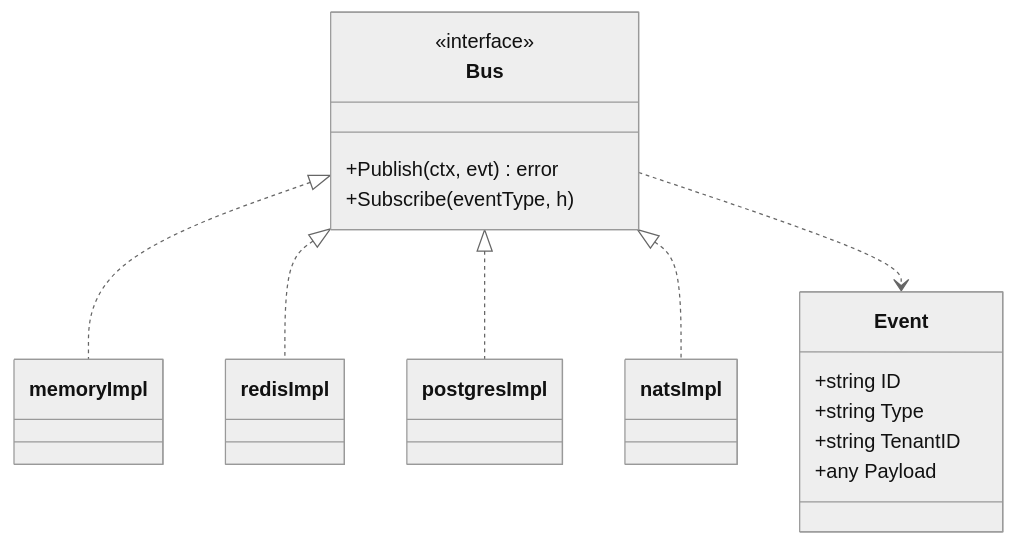
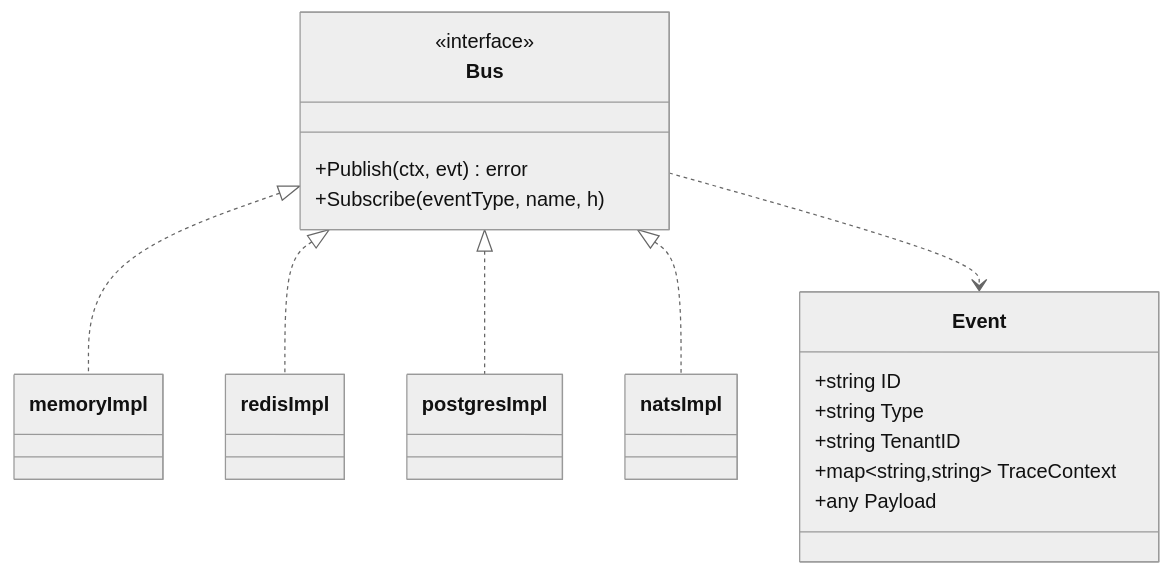
The first of 2 diagrams in docs/design/modules/event/design-event.md (wangzw/speed), drawn with Mermaid (neutral theme) before and after one commit. The commit also changed other lines of this file and 10 other files, not shown here.

````diff
--- a/docs/design/modules/event/design-event.md
+++ b/docs/design/modules/event/design-event.md
@@ -113,23 +154,24 @@
 ```mermaid
 classDiagram
     class Bus {
         <<interface>>
         +Publish(ctx, evt) error
-        +Subscribe(eventType, h)
+        +Subscribe(eventType, name, h)
     }
     class Event {
         +string ID
         +string Type
         +string TenantID
+        +map~string,string~ TraceContext
         +any Payload
     }
     class memoryImpl
     class redisImpl
     class postgresImpl
     class natsImpl
     Bus <|.. memoryImpl
     Bus <|.. redisImpl
     Bus <|.. postgresImpl
     Bus <|.. natsImpl
     Bus ..> Event
 ```
````
